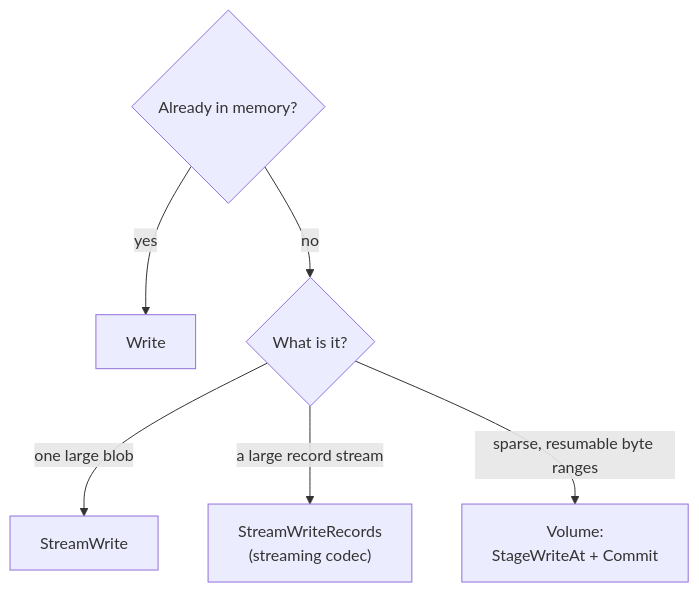
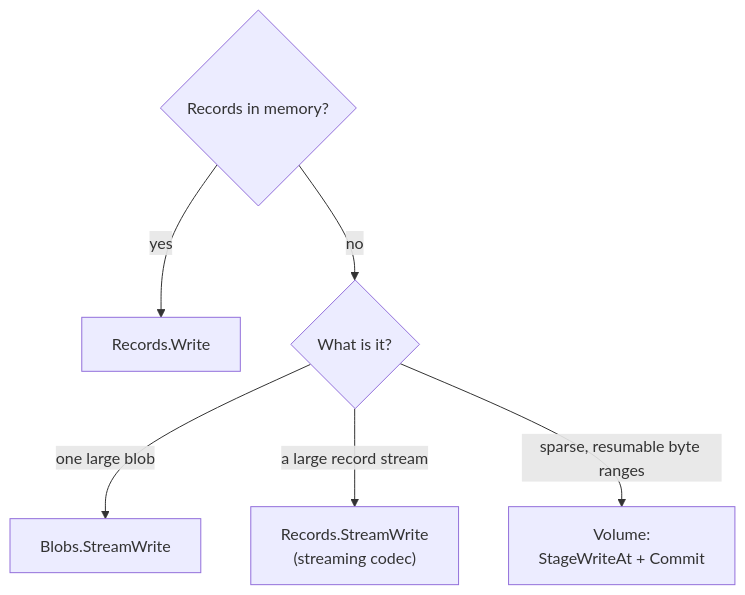
One commit to pithecene/lode changed the third of 3 diagrams in docs/guides/concepts.md. Above: the diagram before and after it, drawn with Mermaid. The commit also changed other lines of this file and 90 other files, not shown here.

````diff
--- a/docs/guides/concepts.md
+++ b/docs/guides/concepts.md
@@ -98,8 +100,8 @@
 ```mermaid
 flowchart TD
-    A{Already in memory?} -- yes --> W[Write]
+    A{Records in memory?} -- yes --> W[Records.Write]
     A -- no --> B{What is it?}
-    B -- one large blob --> SW[StreamWrite]
-    B -- a large record stream --> R["StreamWriteRecords<br/>(streaming codec)"]
+    B -- one large blob --> SW[Blobs.StreamWrite]
+    B -- a large record stream --> R["Records.StreamWrite<br/>(streaming codec)"]
     B -- sparse, resumable byte ranges --> V["Volume:<br/>StageWriteAt + Commit"]
 ```
````
